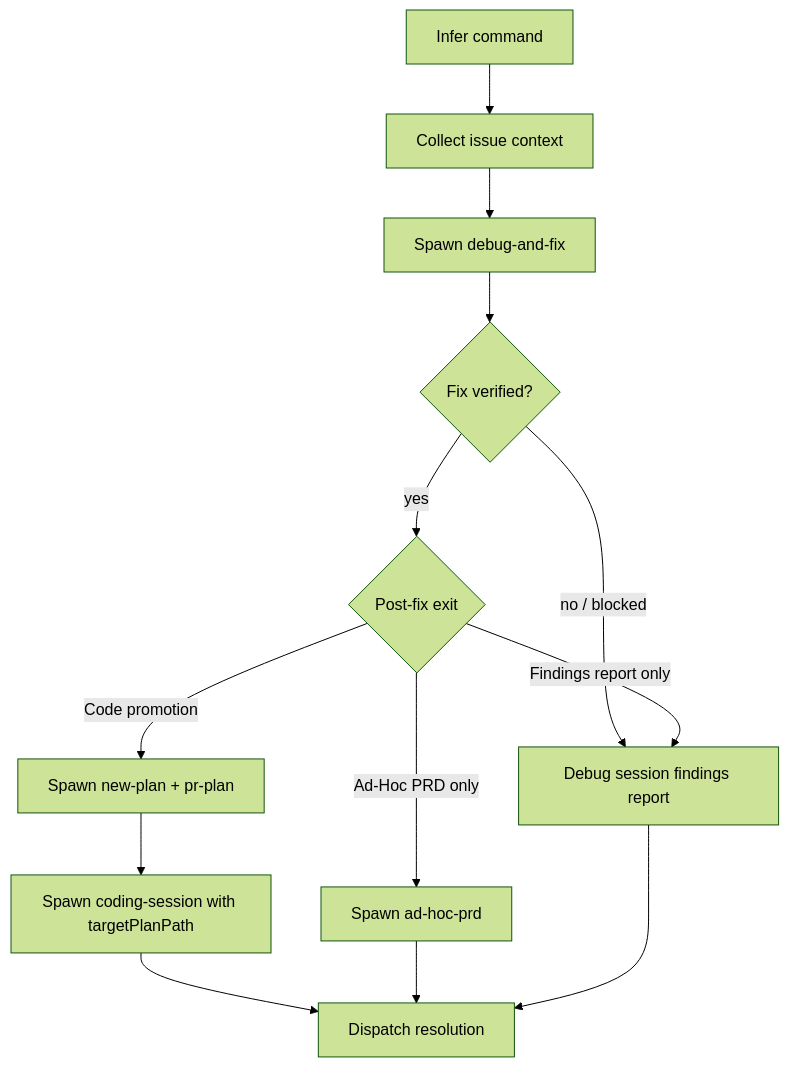
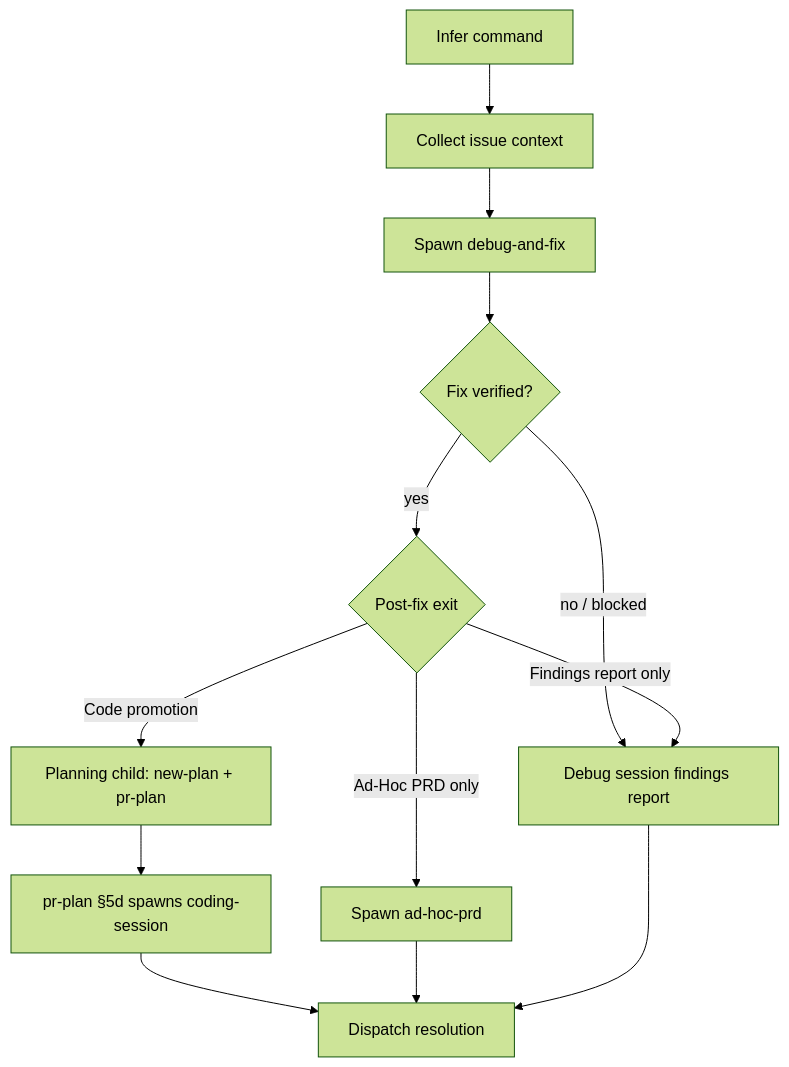
The diagram in missions/debug-and-fix/plan.mdc (sedea-tapcart/research-and-development), drawn with Mermaid (forest theme) before and after one commit. The commit also changed other lines of this file, not shown here.

Commit message:
Clarify debug-and-fix planning child owns coding-session spawn (#217)

````diff
--- a/missions/debug-and-fix/plan.mdc
+++ b/missions/debug-and-fix/plan.mdc
@@ -87,15 +87,15 @@
 ```mermaid
 flowchart TD
   A[Infer command] --> B[Collect issue context]
   B --> C[Spawn debug-and-fix]
   C --> D{Fix verified?}
   D -->|no / blocked| F[Debug session findings report]
   D -->|yes| E{Post-fix exit}
-  E -->|Code promotion| G[Spawn new-plan + pr-plan]
-  G --> H[Spawn coding-session with targetPlanPath]
+  E -->|Code promotion| G[Planning child: new-plan + pr-plan]
+  G --> H[pr-plan §5d spawns coding-session]
   H --> I[Dispatch resolution]
   E -->|Ad-Hoc PRD only| J[Spawn ad-hoc-prd]
   J --> I
   E -->|Findings report only| F
   F --> I
 ```
````
